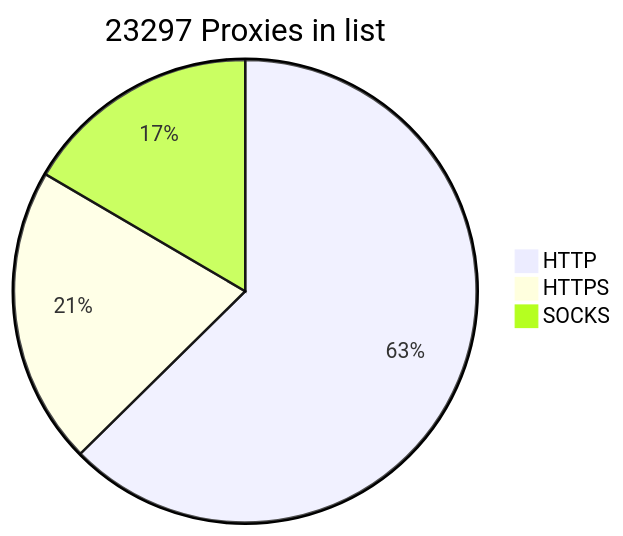
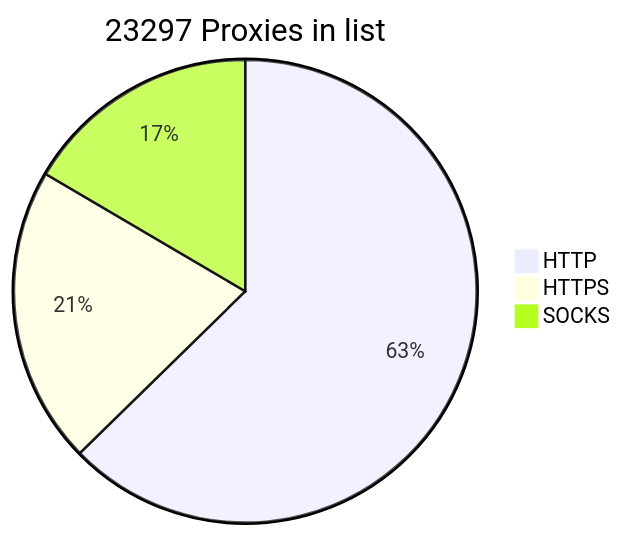
The diagram in README.md (BlackSnowDot/proxylist-update-every-minute), drawn with Mermaid before and after one commit. The commit also changed other lines of this file, not shown here.

````diff
--- a/README.md
+++ b/README.md
@@ -2,6 +2,6 @@
 ```mermaid
 pie title 23297 Proxies in list
-    "HTTP" : 16734
-    "HTTPS": 5564
+    "HTTP" : 16760
+    "HTTPS": 5557
     "SOCKS" : 4426
 ```
````
